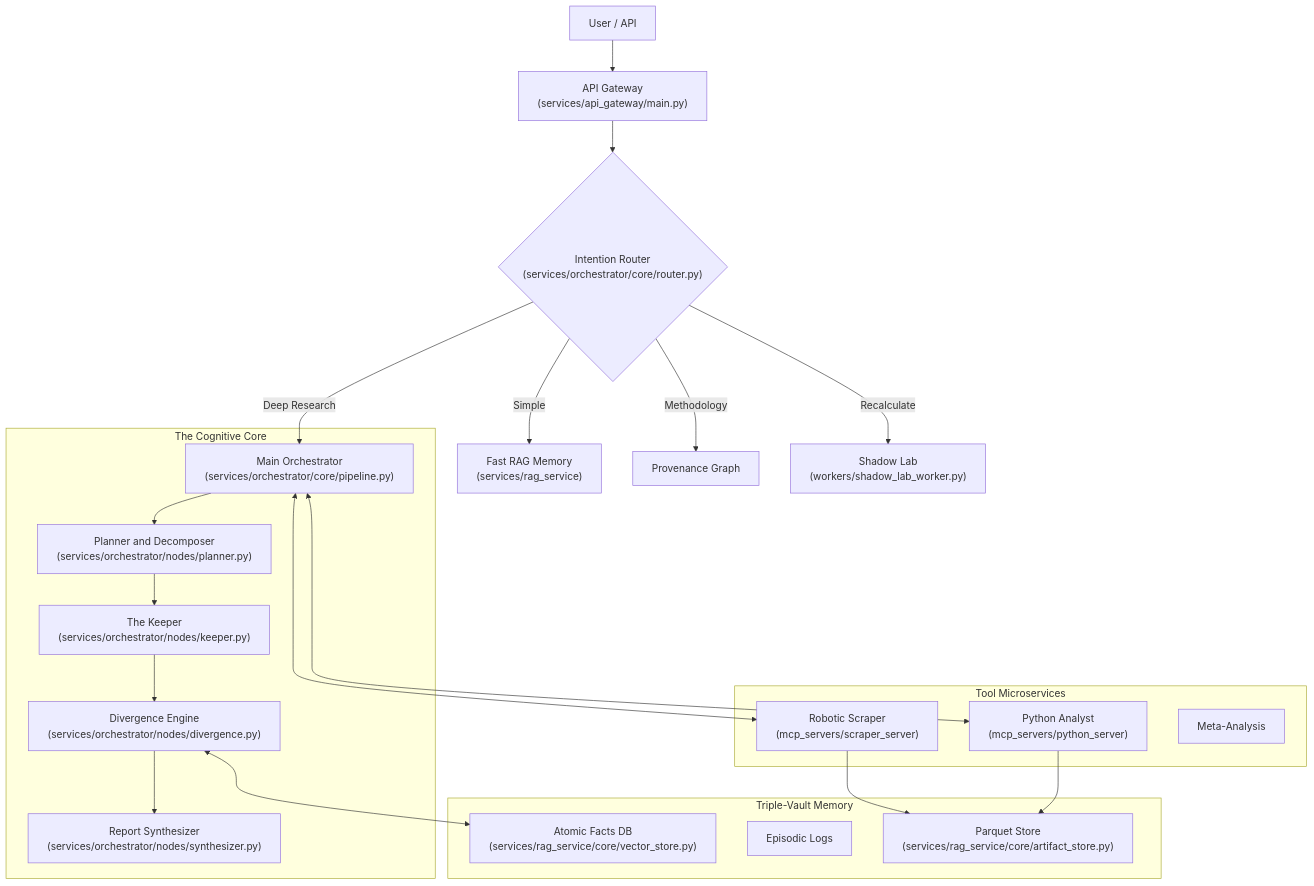
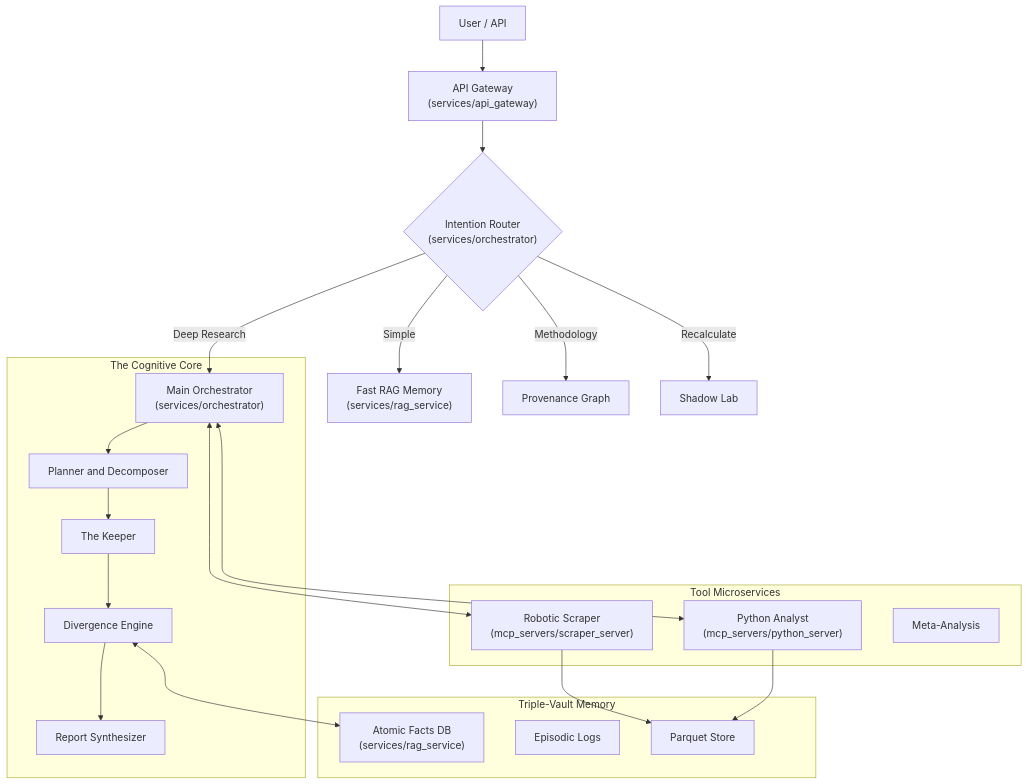
The second of 5 diagrams in README.md (azzindani/Kea), drawn with Mermaid before and after one commit. The commit also changed other lines of this file and 5 other files, not shown here.

Commit message:
feat: Add comprehensive READMEs for core services, shared libraries, and MCP servers, and update the root project README.

````diff
--- a/README.md
+++ b/README.md
@@ -422,35 +368,35 @@
 ```mermaid
 graph TD
-    User[User / API] --> Gateway["API Gateway<br/>(services/api_gateway/main.py)"]
-    Gateway --> Router{"Intention Router<br/>(services/orchestrator/core/router.py)"}
+    User[User / API] --> Gateway["API Gateway<br/>(services/api_gateway)"]
+    Gateway --> Router{"Intention Router<br/>(services/orchestrator)"}
     
     Router -->|Simple| FastRAG["Fast RAG Memory<br/>(services/rag_service)"]
     Router -->|Methodology| Provenance[Provenance Graph]
-    Router -->|Recalculate| ShadowLab["Shadow Lab<br/>(workers/shadow_lab_worker.py)"]
-    Router -->|Deep Research| Orchestrator["Main Orchestrator<br/>(services/orchestrator/core/pipeline.py)"]
+    Router -->|Recalculate| ShadowLab["Shadow Lab"]
+    Router -->|Deep Research| Orchestrator["Main Orchestrator<br/>(services/orchestrator)"]
     
     subgraph CognitiveCore[The Cognitive Core]
-        Orchestrator --> Planner["Planner and Decomposer<br/>(services/orchestrator/nodes/planner.py)"]
-        Planner --> Keeper["The Keeper<br/>(services/orchestrator/nodes/keeper.py)"]
-        Keeper --> Divergence["Divergence Engine<br/>(services/orchestrator/nodes/divergence.py)"]
-        Divergence --> Synthesizer["Report Synthesizer<br/>(services/orchestrator/nodes/synthesizer.py)"]
+        Orchestrator --> Planner["Planner and Decomposer"]
+        Planner --> Keeper["The Keeper"]
+        Keeper --> Divergence["Divergence Engine"]
+        Divergence --> Synthesizer["Report Synthesizer"]
     end
     
     subgraph Tools[Tool Microservices]
         Scraper["Robotic Scraper<br/>(mcp_servers/scraper_server)"]
         Analyst["Python Analyst<br/>(mcp_servers/python_server)"]
         Meta[Meta-Analysis]
     end
     
     subgraph MemoryVault[Triple-Vault Memory]
-        Atomic["Atomic Facts DB<br/>(services/rag_service/core/vector_store.py)"]
+        Atomic["Atomic Facts DB<br/>(services/rag_service)"]
         Episodic[Episodic Logs]
-        Artifacts["Parquet Store<br/>(services/rag_service/core/artifact_store.py)"]
+        Artifacts["Parquet Store"]
     end
     
     Orchestrator <--> Scraper
     Orchestrator <--> Analyst
     Divergence <--> Atomic
     Scraper --> Artifacts
     Analyst --> Artifacts
 ```
````
